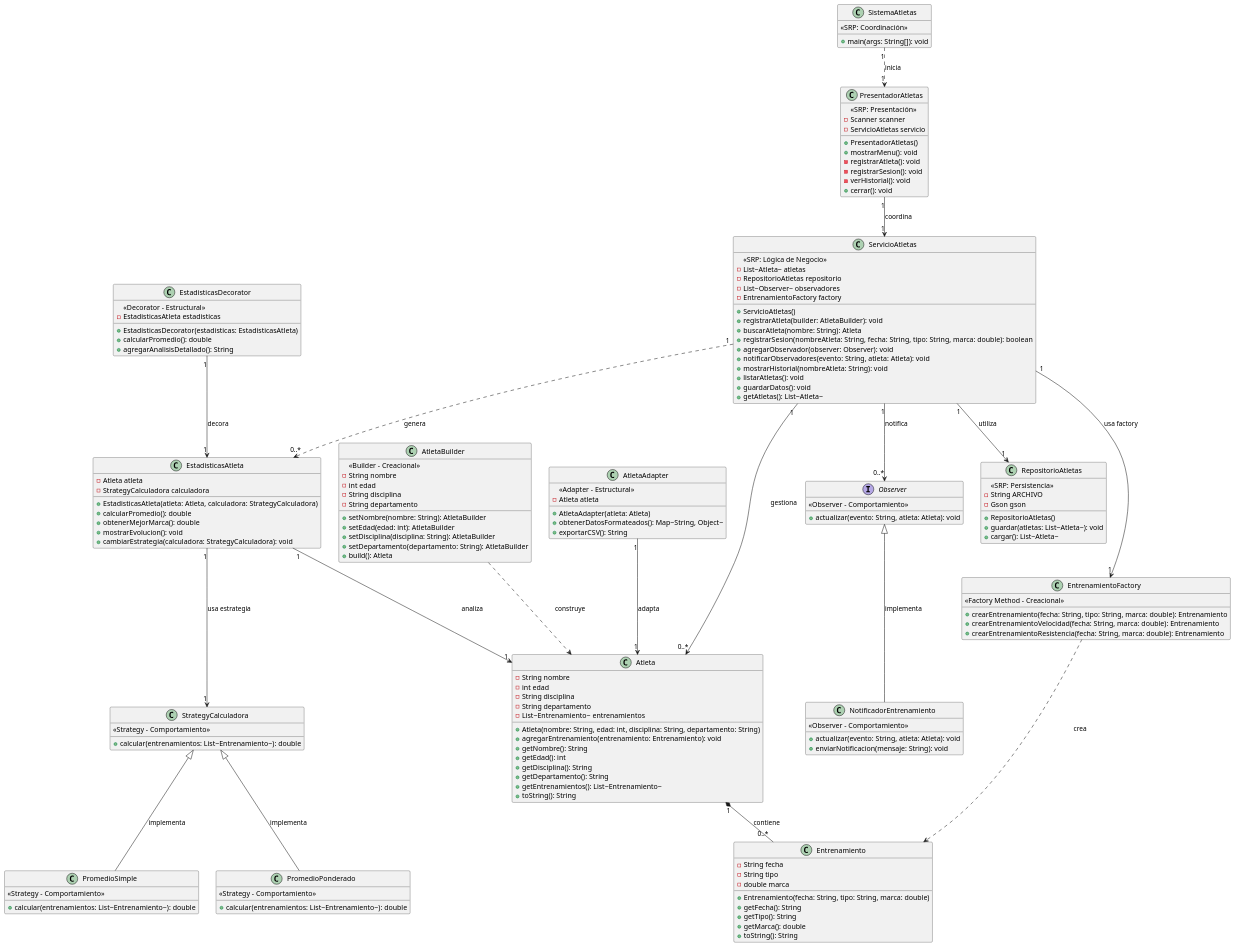
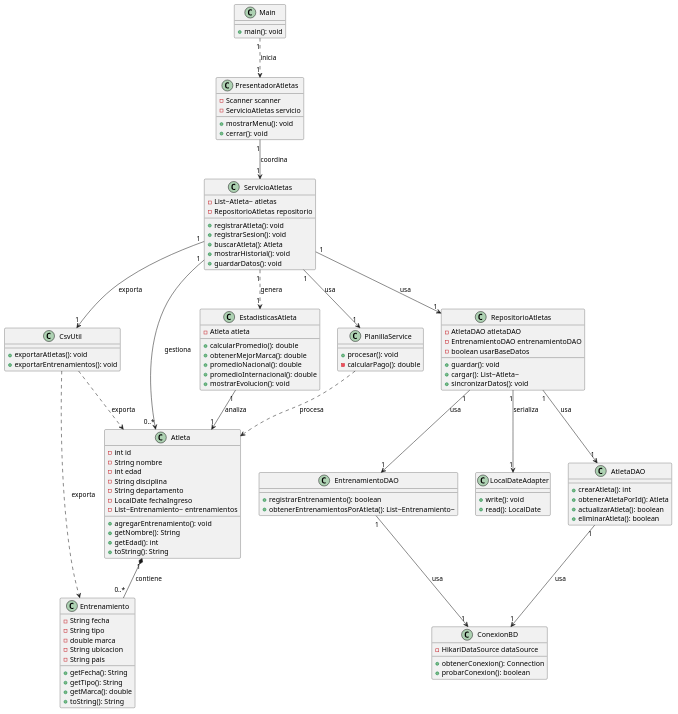
Before and after one commit to alopezl93-sketch/Proyecto-1-: the diagram in src/main/java/org/example/diagrama.puml, drawn with PlantUML. The commit also changed 7 other files, not shown here.

```diff
--- a/src/main/java/org/example/diagrama.puml
+++ b/src/main/java/org/example/diagrama.puml
@@ -1,193 +1,131 @@
 @startuml
-    ' === PATRONES CREACIONALES ===
 
-    class EntrenamientoFactory {
-        <<Factory Method - Creacional>>
-        +crearEntrenamiento(fecha: String, tipo: String, marca: double): Entrenamiento
-        +crearEntrenamientoVelocidad(fecha: String, marca: double): Entrenamiento
-        +crearEntrenamientoResistencia(fecha: String, marca: double): Entrenamiento
-    }
-
-    class AtletaBuilder {
-        <<Builder - Creacional>>
+    class Atleta {
+        -int id
         -String nombre
         -int edad
         -String disciplina
         -String departamento
+        -LocalDate fechaIngreso
+        -List~Entrenamiento~ entrenamientos
 
-        +setNombre(nombre: String): AtletaBuilder
-        +setEdad(edad: int): AtletaBuilder
-        +setDisciplina(disciplina: String): AtletaBuilder
-        +setDepartamento(departamento: String): AtletaBuilder
-        +build(): Atleta
+        +agregarEntrenamiento(): void
+        +getNombre(): String
+        +getEdad(): int
+        +toString(): String
     }
-
-    ' === CLASES PRINCIPALES ===
 
     class Entrenamiento {
         -String fecha
         -String tipo
         -double marca
+        -String ubicacion
+        -String pais
 
-        +Entrenamiento(fecha: String, tipo: String, marca: double)
         +getFecha(): String
         +getTipo(): String
         +getMarca(): double
         +toString(): String
     }
 
-    class Atleta {
-        -String nombre
-        -int edad
-        -String disciplina
-        -String departamento
-        -List~Entrenamiento~ entrenamientos
+    class ServicioAtletas {
+        -List~Atleta~ atletas
+        -RepositorioAtletas repositorio
 
-        +Atleta(nombre: String, edad: int, disciplina: String, departamento: String)
-        +agregarEntrenamiento(entrenamiento: Entrenamiento): void
-        +getNombre(): String
-        +getEdad(): int
-        +getDisciplina(): String
-        +getDepartamento(): String
-        +getEntrenamientos(): List~Entrenamiento~
-        +toString(): String
+        +registrarAtleta(): void
+        +registrarSesion(): void
+        +buscarAtleta(): Atleta
+        +mostrarHistorial(): void
+        +guardarDatos(): void
     }
 
-    ' === PATRONES ESTRUCTURALES ===
+    class RepositorioAtletas {
+        -AtletaDAO atletaDAO
+        -EntrenamientoDAO entrenamientoDAO
+        -boolean usarBaseDatos
 
-    class AtletaAdapter {
-        <<Adapter - Estructural>>
-        -Atleta atleta
-
-        +AtletaAdapter(atleta: Atleta)
-        +obtenerDatosFormateados(): Map~String, Object~
-        +exportarCSV(): String
+        +guardar(): void
+        +cargar(): List~Atleta~
+        +sincronizarDatos(): void
     }
 
-    class EstadisticasDecorator {
-        <<Decorator - Estructural>>
-        -EstadisticasAtleta estadisticas
-
-        +EstadisticasDecorator(estadisticas: EstadisticasAtleta)
-        +calcularPromedio(): double
-        +agregarAnalisisDetallado(): String
+    class AtletaDAO {
+        +crearAtleta(): int
+        +obtenerAtletaPorId(): Atleta
+        +actualizarAtleta(): boolean
+        +eliminarAtleta(): boolean
     }
 
-    ' === PATRONES DE COMPORTAMIENTO ===
-
-    interface Observer {
-        <<Observer - Comportamiento>>
-        +actualizar(evento: String, atleta: Atleta): void
+    class EntrenamientoDAO {
+        +registrarEntrenamiento(): boolean
+        +obtenerEntrenamientosPorAtleta(): List~Entrenamiento~
     }
 
-    class NotificadorEntrenamiento {
-        <<Observer - Comportamiento>>
-        +actualizar(evento: String, atleta: Atleta): void
-        +enviarNotificacion(mensaje: String): void
+    class ConexionBD {
+        -HikariDataSource dataSource
+
+        +obtenerConexion(): Connection
+        +probarConexion(): boolean
     }
 
-    class StrategyCalculadora {
-        <<Strategy - Comportamiento>>
-        +calcular(entrenamientos: List~Entrenamiento~): double
+    class PresentadorAtletas {
+        -Scanner scanner
+        -ServicioAtletas servicio
+
+        +mostrarMenu(): void
+        +cerrar(): void
     }
-
-    class PromedioSimple {
-        <<Strategy - Comportamiento>>
-        +calcular(entrenamientos: List~Entrenamiento~): double
-    }
-
-    class PromedioPonderado {
-        <<Strategy - Comportamiento>>
-        +calcular(entrenamientos: List~Entrenamiento~): double
-    }
-
-    ' === CLASES EXISTENTES MODIFICADAS ===
 
     class EstadisticasAtleta {
         -Atleta atleta
-        -StrategyCalculadora calculadora
 
-        +EstadisticasAtleta(atleta: Atleta, calculadora: StrategyCalculadora)
         +calcularPromedio(): double
         +obtenerMejorMarca(): double
+        +promedioNacional(): double
+        +promedioInternacional(): double
         +mostrarEvolucion(): void
-        +cambiarEstrategia(calculadora: StrategyCalculadora): void
     }
 
-    class ServicioAtletas {
-        <<SRP: Lógica de Negocio>>
-        -List~Atleta~ atletas
-        -RepositorioAtletas repositorio
-        -List~Observer~ observadores
-        -EntrenamientoFactory factory
-
-        +ServicioAtletas()
-        +registrarAtleta(builder: AtletaBuilder): void
-        +buscarAtleta(nombre: String): Atleta
-        +registrarSesion(nombreAtleta: String, fecha: String, tipo: String, marca: double): boolean
-        +agregarObservador(observer: Observer): void
-        +notificarObservadores(evento: String, atleta: Atleta): void
-        +mostrarHistorial(nombreAtleta: String): void
-        +listarAtletas(): void
-        +guardarDatos(): void
-        +getAtletas(): List~Atleta~
+    class CsvUtil {
+        +exportarAtletas(): void
+        +exportarEntrenamientos(): void
     }
 
-    class RepositorioAtletas {
-        <<SRP: Persistencia>>
-        -String ARCHIVO
-        -Gson gson
-
-        +RepositorioAtletas()
-        +guardar(atletas: List~Atleta~): void
-        +cargar(): List~Atleta~
+    class PlanillaService {
+        +procesar(): void
+        -calcularPago(): double
     }
 
-    class PresentadorAtletas {
-        <<SRP: Presentación>>
-        -Scanner scanner
-        -ServicioAtletas servicio
-
-        +PresentadorAtletas()
-        +mostrarMenu(): void
-        -registrarAtleta(): void
-        -registrarSesion(): void
-        -verHistorial(): void
-        +cerrar(): void
+    class LocalDateAdapter {
+        +write(): void
+        +read(): LocalDate
     }
 
-    class SistemaAtletas {
-        <<SRP: Coordinación>>
-        +main(args: String[]): void
+    class Main {
+        +main(): void
     }
 
-    ' === RELACIONES ===
+    ' Relaciones
+    Atleta "1" *-- "0..*" Entrenamiento : contiene
+    EstadisticasAtleta "1" --> "1" Atleta : analiza
+    ServicioAtletas "1" --> "1" RepositorioAtletas : usa
+    ServicioAtletas "1" --> "0..*" Atleta : gestiona
+    ServicioAtletas "1" --> "1" PlanillaService : usa
+    ServicioAtletas "1" ..> "1" EstadisticasAtleta : genera
+    ServicioAtletas "1" --> "1" CsvUtil : exporta
 
-    ' Creacionales
-    EntrenamientoFactory ..> Entrenamiento : "crea"
-    AtletaBuilder ..> Atleta : "construye"
+    RepositorioAtletas "1" --> "1" AtletaDAO : usa
+    RepositorioAtletas "1" --> "1" EntrenamientoDAO : usa
+    RepositorioAtletas "1" --> "1" LocalDateAdapter : serializa
 
-    ' Estructurales
-    AtletaAdapter "1" --> "1" Atleta : "adapta"
-    EstadisticasDecorator "1" --> "1" EstadisticasAtleta : "decora"
+    AtletaDAO "1" --> "1" ConexionBD : usa
+    EntrenamientoDAO "1" --> "1" ConexionBD : usa
 
-    ' Comportamiento
-    Observer <|-- NotificadorEntrenamiento : "implementa"
-    StrategyCalculadora <|-- PromedioSimple : "implementa"
-    StrategyCalculadora <|-- PromedioPonderado : "implementa"
+    PresentadorAtletas "1" --> "1" ServicioAtletas : coordina
+    Main "1" ..> "1" PresentadorAtletas : inicia
 
-    ' Relaciones principales
-    Atleta "1" *-- "0..*" Entrenamiento : "contiene"
-    EstadisticasAtleta "1" --> "1" Atleta : "analiza"
-    EstadisticasAtleta "1" --> "1" StrategyCalculadora : "usa estrategia"
-
-    ServicioAtletas "1" --> "1" RepositorioAtletas : "utiliza"
-    ServicioAtletas "1" --> "0..*" Atleta : "gestiona"
-    ServicioAtletas "1" --> "1" EntrenamientoFactory : "usa factory"
-    ServicioAtletas "1" --> "0..*" Observer : "notifica"
-    ServicioAtletas "1" ..> "0..*" EstadisticasAtleta : "genera"
-
-    PresentadorAtletas "1" --> "1" ServicioAtletas : "coordina"
-    SistemaAtletas "1" ..> "1" PresentadorAtletas : "inicia"
+    CsvUtil ..> Atleta : exporta
+    CsvUtil ..> Entrenamiento : exporta
+    PlanillaService ..> Atleta : procesa
 
 @enduml
```
